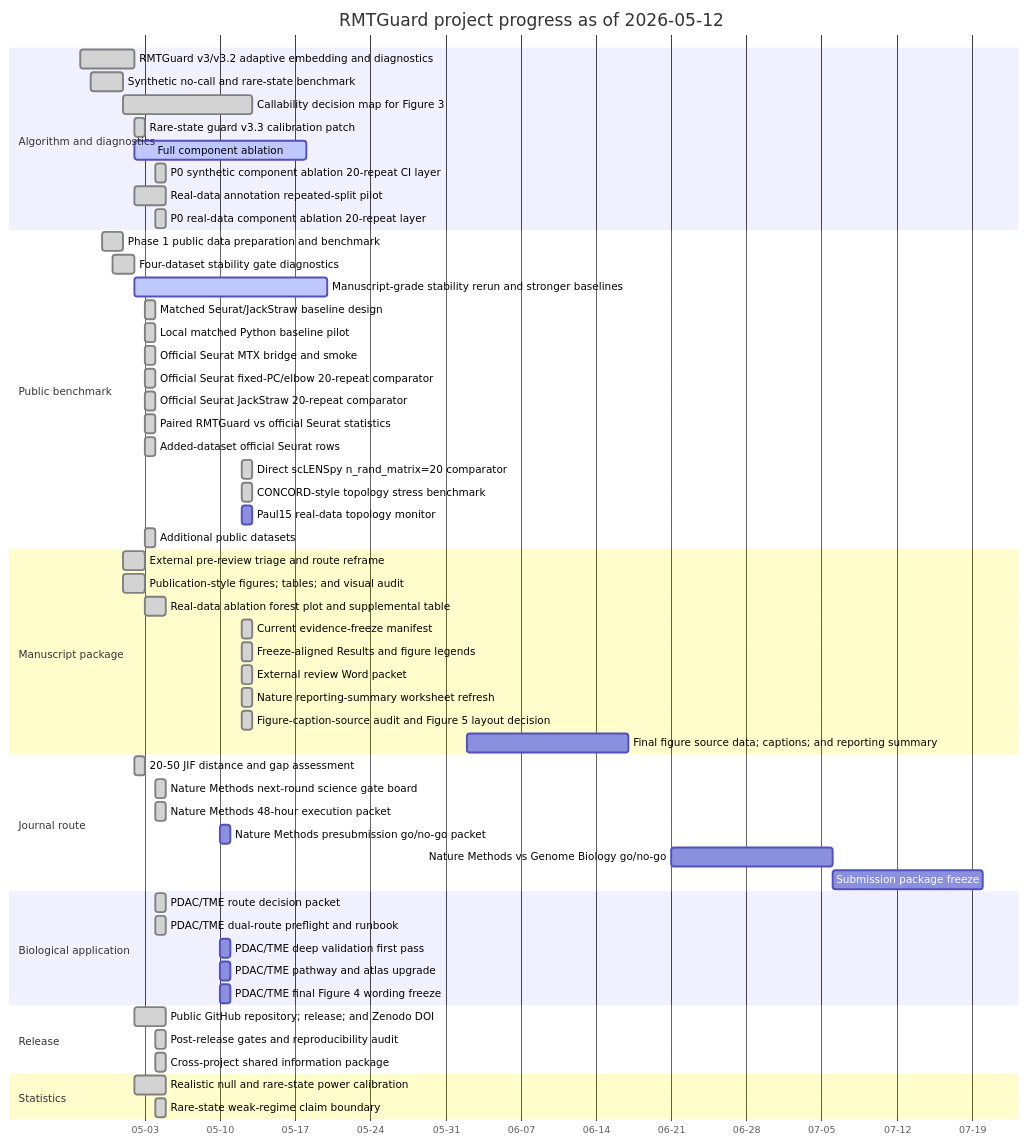
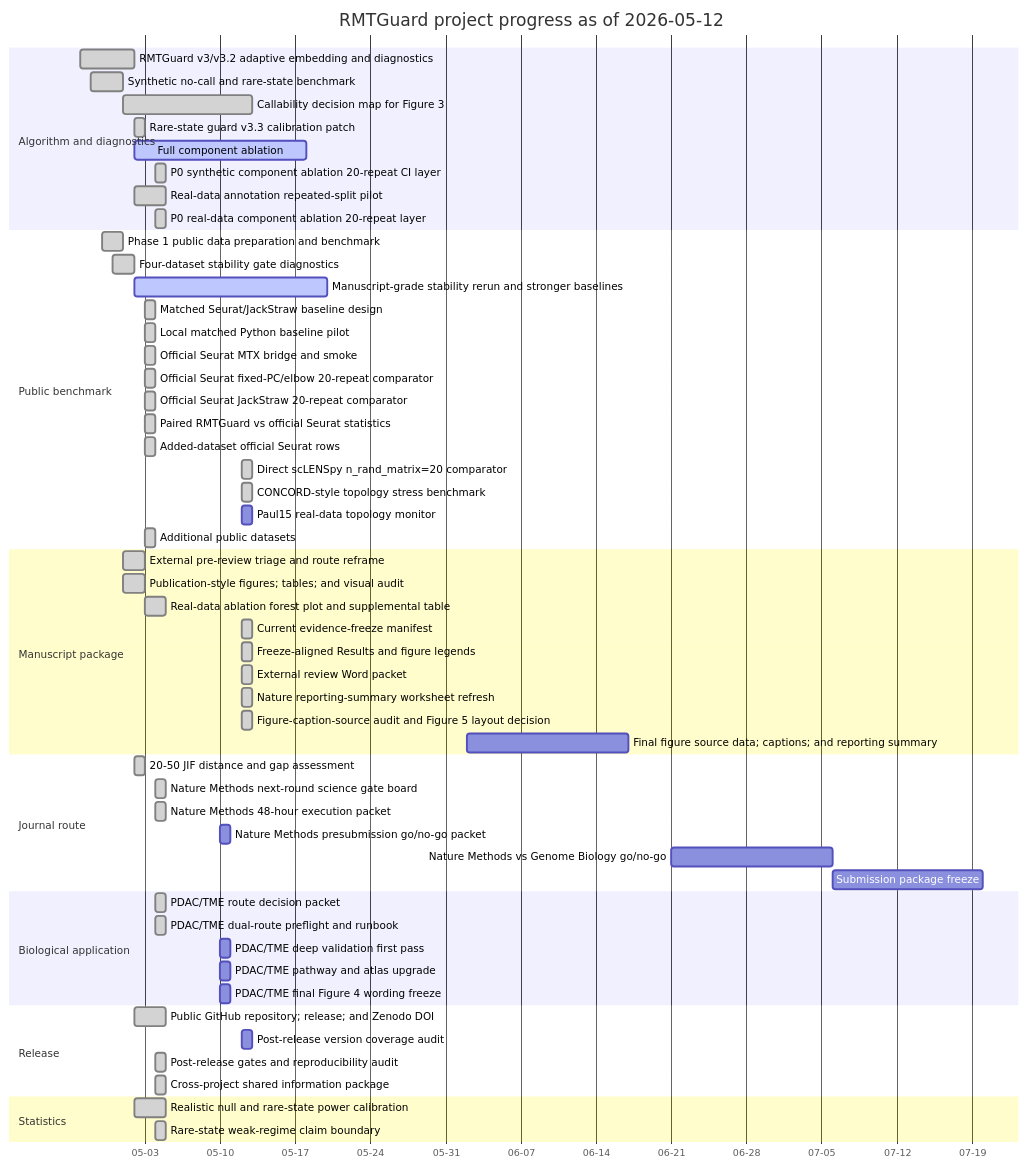
The diagram in results/project_management/rmtguard_project_gantt.md (healthgreat/rmtguard), drawn with Mermaid before and after one commit. The commit also changed other lines of this file and 18 other files, not shown here.

Commit message:
Add post-release version coverage audit

````diff
--- a/results/project_management/rmtguard_project_gantt.md
+++ b/results/project_management/rmtguard_project_gantt.md
@@ -13,60 +13,61 @@
 ```mermaid
 gantt
     title RMTGuard project progress as of 2026-05-12
     dateFormat  YYYY-MM-DD
     axisFormat  %m-%d
     section Algorithm and diagnostics
     RMTGuard v3/v3.2 adaptive embedding and diagnostics :done, T01, 2026-04-27, 5d
     Synthetic no-call and rare-state benchmark :done, T02, 2026-04-28, 3d
     Callability decision map for Figure 3 :done, T03, 2026-05-01, 12d
     Rare-state guard v3.3 calibration patch :done, T04, 2026-05-02, 1d
     Full component ablation :active, T18, 2026-05-02, 16d
     P0 synthetic component ablation 20-repeat CI layer :done, T19, 2026-05-04, 1d
     Real-data annotation repeated-split pilot :done, T20, 2026-05-02, 3d
     P0 real-data component ablation 20-repeat layer :done, T21, 2026-05-04, 1d
     section Public benchmark
     Phase 1 public data preparation and benchmark :done, T05, 2026-04-29, 2d
     Four-dataset stability gate diagnostics :done, T06, 2026-04-30, 2d
     Manuscript-grade stability rerun and stronger baselines :active, T17, 2026-05-02, 18d
-    Matched Seurat/JackStraw baseline design :done, T28, 2026-05-03, 1d
-    Local matched Python baseline pilot :done, T29, 2026-05-03, 1d
-    Official Seurat MTX bridge and smoke :done, T30, 2026-05-03, 1d
-    Official Seurat fixed-PC/elbow 20-repeat comparator :done, T31, 2026-05-03, 1d
-    Official Seurat JackStraw 20-repeat comparator :done, T32, 2026-05-03, 1d
-    Paired RMTGuard vs official Seurat statistics :done, T33, 2026-05-03, 1d
-    Added-dataset official Seurat rows :done, T34, 2026-05-03, 1d
-    Direct scLENSpy n_rand_matrix=20 comparator :done, T35, 2026-05-12, 1d
-    CONCORD-style topology stress benchmark :done, T36, 2026-05-12, 1d
-    Paul15 real-data topology monitor :T37, 2026-05-12, 1d
-    Additional public datasets :done, T41, 2026-05-03, 1d
+    Matched Seurat/JackStraw baseline design :done, T29, 2026-05-03, 1d
+    Local matched Python baseline pilot :done, T30, 2026-05-03, 1d
+    Official Seurat MTX bridge and smoke :done, T31, 2026-05-03, 1d
+    Official Seurat fixed-PC/elbow 20-repeat comparator :done, T32, 2026-05-03, 1d
+    Official Seurat JackStraw 20-repeat comparator :done, T33, 2026-05-03, 1d
+    Paired RMTGuard vs official Seurat statistics :done, T34, 2026-05-03, 1d
+    Added-dataset official Seurat rows :done, T35, 2026-05-03, 1d
+    Direct scLENSpy n_rand_matrix=20 comparator :done, T36, 2026-05-12, 1d
+    CONCORD-style topology stress benchmark :done, T37, 2026-05-12, 1d
+    Paul15 real-data topology monitor :T38, 2026-05-12, 1d
+    Additional public datasets :done, T42, 2026-05-03, 1d
     section Manuscript package
     External pre-review triage and route reframe :done, T07, 2026-05-01, 2d
     Publication-style figures; tables; and visual audit :done, T08, 2026-05-01, 2d
     Real-data ablation forest plot and supplemental table :done, T22, 2026-05-03, 2d
     Current evidence-freeze manifest :done, T23, 2026-05-12, 1d
     Freeze-aligned Results and figure legends :done, T24, 2026-05-12, 1d
     External review Word packet :done, T25, 2026-05-12, 1d
     Nature reporting-summary worksheet refresh :done, T26, 2026-05-12, 1d
     Figure-caption-source audit and Figure 5 layout decision :done, T27, 2026-05-12, 1d
-    Final figure source data; captions; and reporting summary :T42, 2026-06-02, 15d
+    Final figure source data; captions; and reporting summary :T43, 2026-06-02, 15d
     section Journal route
     20-50 JIF distance and gap assessment :done, T09, 2026-05-02, 1d
     Nature Methods next-round science gate board :done, T10, 2026-05-04, 1d
     Nature Methods 48-hour execution packet :done, T11, 2026-05-04, 1d
-    Nature Methods presubmission go/no-go packet :T45, 2026-05-10, 1d
-    Nature Methods vs Genome Biology go/no-go :T46, 2026-06-21, 15d
-    Submission package freeze :T47, 2026-07-06, 14d
+    Nature Methods presubmission go/no-go packet :T46, 2026-05-10, 1d
+    Nature Methods vs Genome Biology go/no-go :T47, 2026-06-21, 15d
+    Submission package freeze :T48, 2026-07-06, 14d
     section Biological application
     PDAC/TME route decision packet :done, T12, 2026-05-04, 1d
     PDAC/TME dual-route preflight and runbook :done, T13, 2026-05-04, 1d
-    PDAC/TME deep validation first pass :T38, 2026-05-10, 1d
-    PDAC/TME pathway and atlas upgrade :T39, 2026-05-10, 1d
-    PDAC/TME final Figure 4 wording freeze :T40, 2026-05-10, 1d
+    PDAC/TME deep validation first pass :T39, 2026-05-10, 1d
+    PDAC/TME pathway and atlas upgrade :T40, 2026-05-10, 1d
+    PDAC/TME final Figure 4 wording freeze :T41, 2026-05-10, 1d
     section Release
     Public GitHub repository; release; and Zenodo DOI :done, T14, 2026-05-02, 3d
-    Post-release gates and reproducibility audit :done, T43, 2026-05-04, 1d
-    Cross-project shared information package :done, T44, 2026-05-04, 1d
+    Post-release version coverage audit :T28, 2026-05-12, 1d
+    Post-release gates and reproducibility audit :done, T44, 2026-05-04, 1d
+    Cross-project shared information package :done, T45, 2026-05-04, 1d
     section Statistics
     Realistic null and rare-state power calibration :done, T15, 2026-05-02, 3d
     Rare-state weak-regime claim boundary :done, T16, 2026-05-04, 1d
 ```
````
